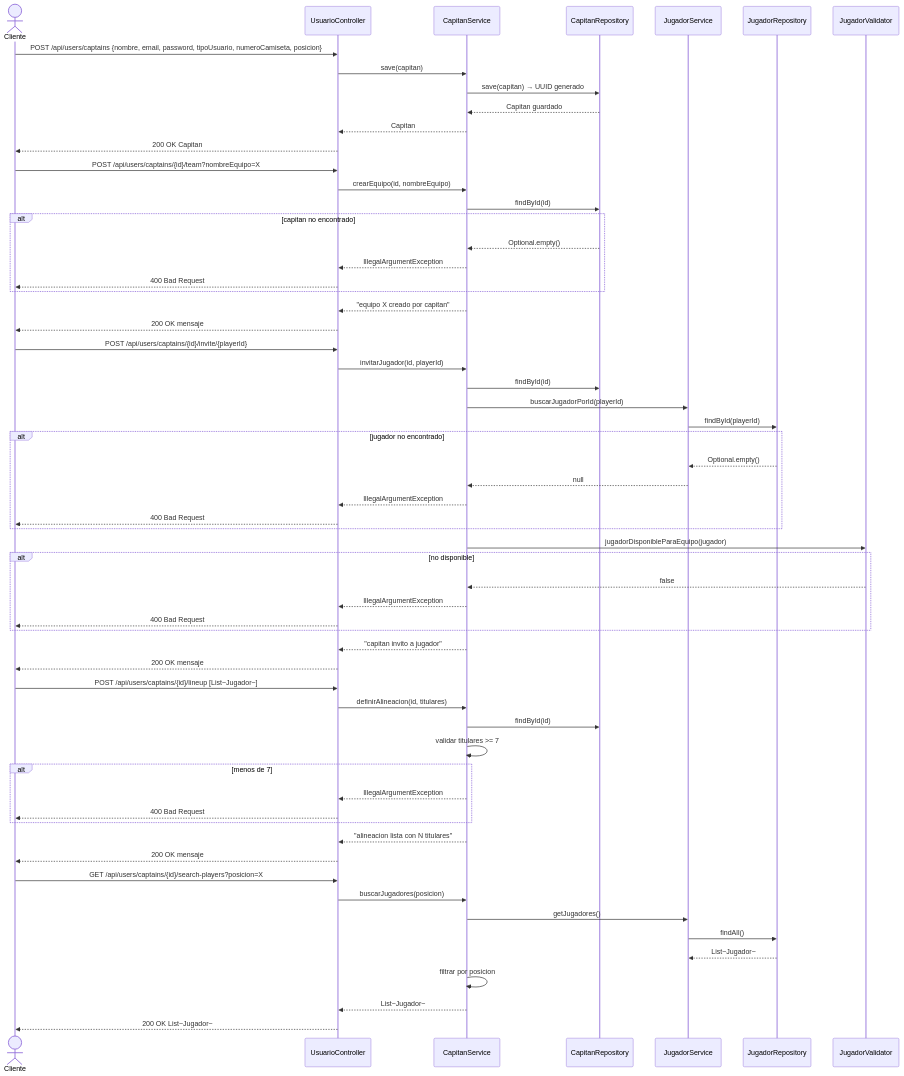
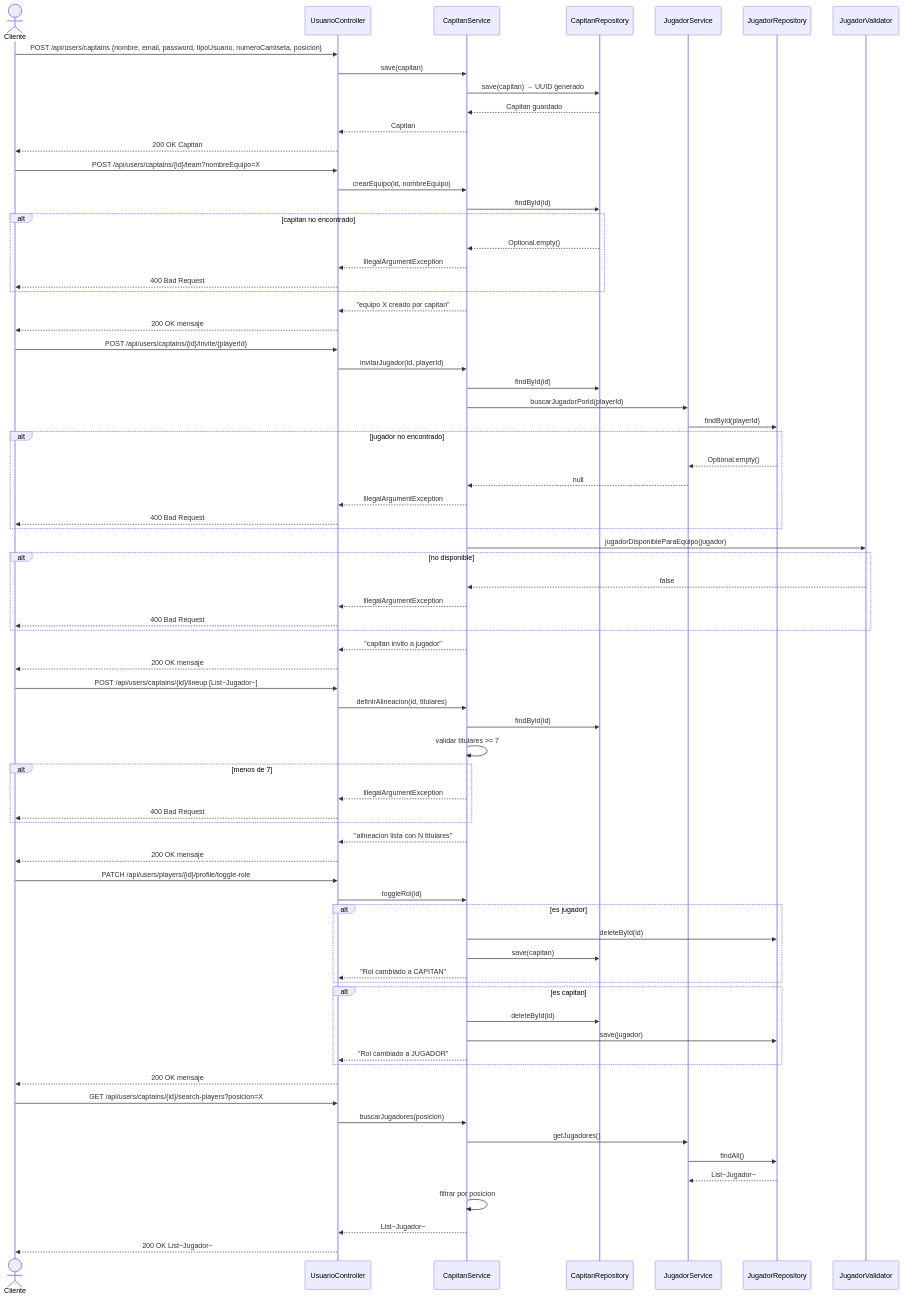
One commit to nglsz006/SFC_techcup-futbol changed the diagram in docs/uml/diagramas-secuencia/08-capitanes.md. Above: the diagram before and after it, drawn with Mermaid. The commit also changed 14 other files, not shown here.

Commit message:
actualizar diagramas: ER, clases, componentes, secuencia y contexto

```diff
--- a/docs/uml/diagramas-secuencia/08-capitanes.md
+++ b/docs/uml/diagramas-secuencia/08-capitanes.md
@@ -67,6 +67,21 @@
     CapitanService-->>UsuarioController: "alineacion lista con N titulares"
     UsuarioController-->>Cliente: 200 OK mensaje
 
+    %% Toggle rol jugador-capitan
+    Cliente->>UsuarioController: PATCH /api/users/players/{id}/profile/toggle-role
+    UsuarioController->>CapitanService: toggleRol(id)
+    alt es jugador
+        CapitanService->>JugadorRepository: deleteById(id)
+        CapitanService->>CapitanRepository: save(capitan)
+        CapitanService-->>UsuarioController: "Rol cambiado a CAPITAN"
+    end
+    alt es capitan
+        CapitanService->>CapitanRepository: deleteById(id)
+        CapitanService->>JugadorRepository: save(jugador)
+        CapitanService-->>UsuarioController: "Rol cambiado a JUGADOR"
+    end
+    UsuarioController-->>Cliente: 200 OK mensaje
+
     %% Buscar jugadores por posicion
     Cliente->>UsuarioController: GET /api/users/captains/{id}/search-players?posicion=X
     UsuarioController->>CapitanService: buscarJugadores(posicion)
```
